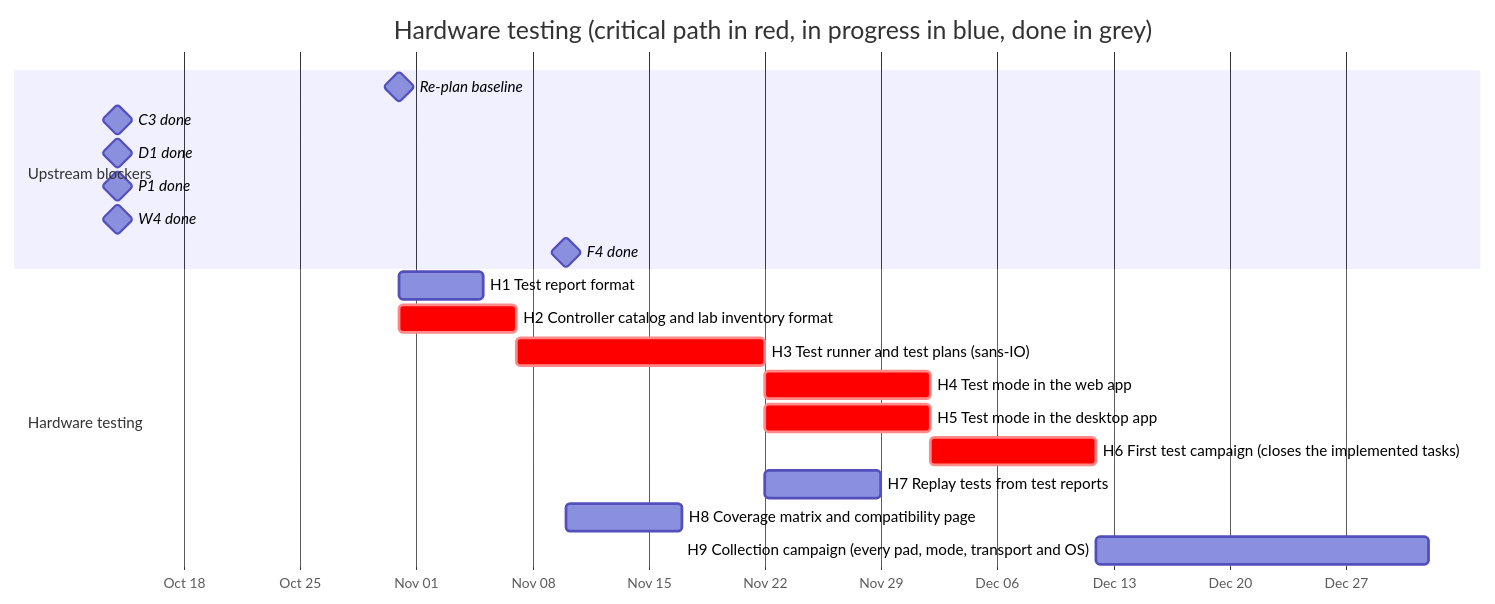
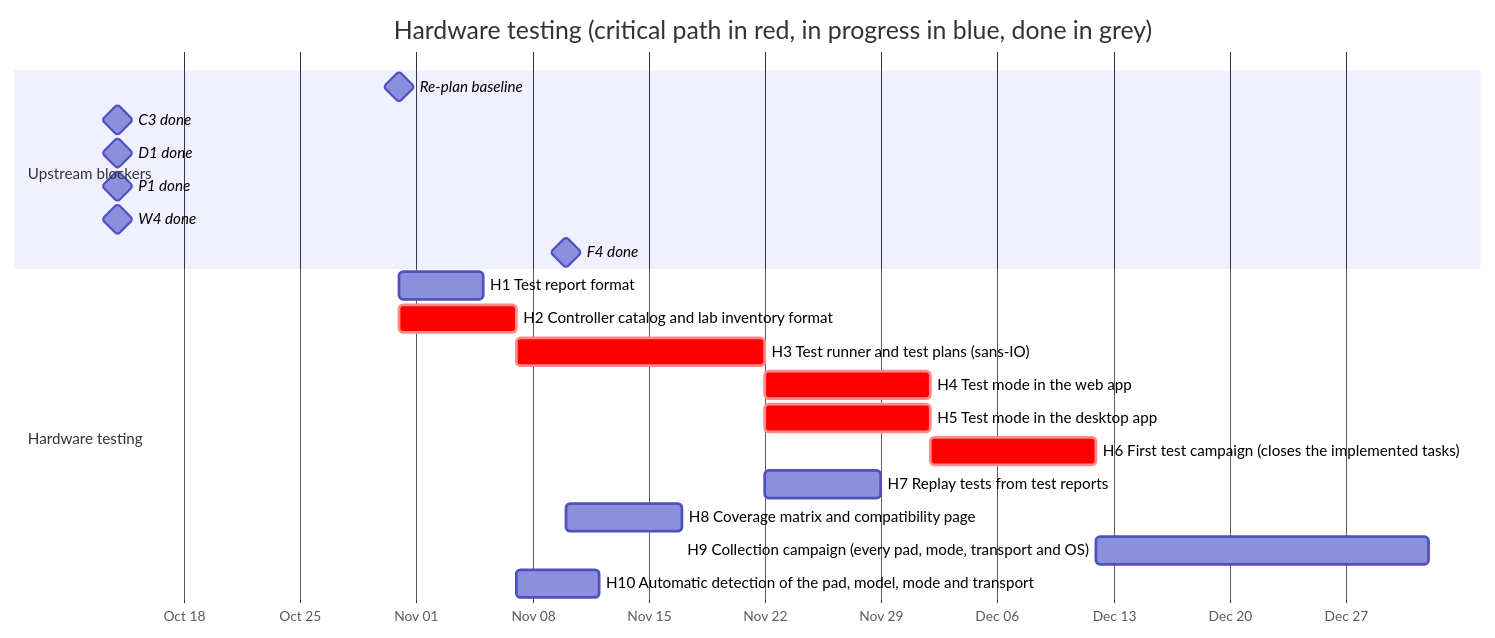
The diagram in ROADMAP/2026-10-31/06-hardware-testing.md (anygamepad/anygamepad.github.io), drawn with Mermaid before and after one commit. The commit also changed other lines of this file and 3 other files, not shown here.

First line of the commit message:
Roadmap 2026-10-31: automatic detection (H10) and anonymous test reports

````diff
--- a/ROADMAP/2026-10-31/06-hardware-testing.md
+++ b/ROADMAP/2026-10-31/06-hardware-testing.md
@@ -106,23 +171,24 @@
 ```mermaid
 gantt
     dateFormat YYYY-MM-DD
     axisFormat %b %d
     title Hardware testing (critical path in red, in progress in blue, done in grey)
     section Upstream blockers
     Re-plan baseline :milestone, t0, 2026-10-31, 0d
     C3 done :milestone, c3, 2026-10-14, 0d
     D1 done :milestone, d1, 2026-10-14, 0d
     P1 done :milestone, p1, 2026-10-14, 0d
     W4 done :milestone, w4, 2026-10-14, 0d
     F4 done :milestone, f4, 2026-11-10, 0d
     section Hardware testing
     H1 Test report format :h1, after p1 t0, 5d
     H2 Controller catalog and lab inventory format :crit, h2, after d1 t0, 7d
     H3 Test runner and test plans (sans-IO) :crit, h3, after h1 h2 c3 w4, 15d
-    H4 Test mode in the web app :crit, h4, after h3, 10d
-    H5 Test mode in the desktop app :crit, h5, after h3, 10d
+    H4 Test mode in the web app :crit, h4, after h3 h10, 10d
+    H5 Test mode in the desktop app :crit, h5, after h3 h10, 10d
     H6 First test campaign (closes the implemented tasks) :crit, h6, after h4 h5 f4, 10d
     H7 Replay tests from test reports :h7, after h3, 7d
     H8 Coverage matrix and compatibility page :h8, after h1 f4, 7d
     H9 Collection campaign (every pad, mode, transport and OS) :h9, after h6, 20d
+    H10 Automatic detection of the pad, model, mode and transport :h10, after h2, 5d
 ```
````
